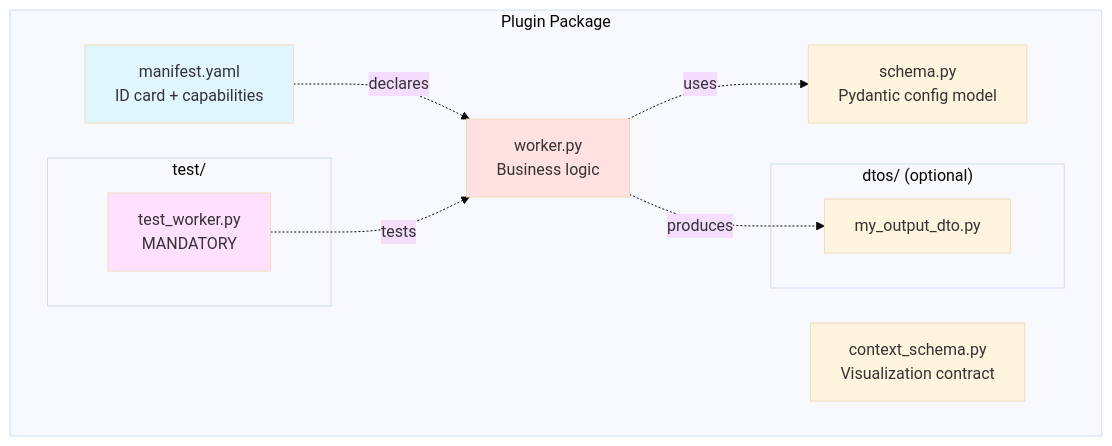
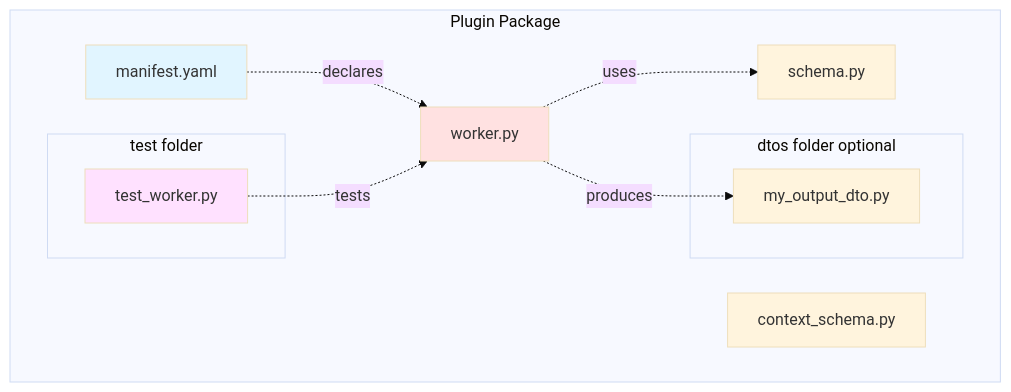
One commit to MikeyVK/S1mpleTraderV3 changed the diagram in docs/architecture/PLUGIN_ANATOMY.md. Above: the diagram before and after it, drawn with Mermaid (base theme). The commit also changed 7 other files, not shown here.

````diff
--- a/docs/architecture/PLUGIN_ANATOMY.md
+++ b/docs/architecture/PLUGIN_ANATOMY.md
@@ -24,26 +24,26 @@
 ```mermaid
 graph TD
-    subgraph "Plugin Package"
-        M[manifest.yaml<br/>ID card + capabilities]
-        W[worker.py<br/>Business logic]
-        S[schema.py<br/>Pydantic config model]
-        CS[context_schema.py<br/>Visualization contract]
+    subgraph PluginPackage["Plugin Package"]
+        M[manifest.yaml]
+        W[worker.py]
+        S[schema.py]
+        CS[context_schema.py]
         
-        subgraph "dtos/ (optional)"
+        subgraph DTOs["dtos folder optional"]
             DTO1[my_output_dto.py]
         end
         
-        subgraph "test/"
-            T[test_worker.py<br/>MANDATORY]
+        subgraph Tests["test folder"]
+            T[test_worker.py]
         end
     end
     
     M -.declares.-> W
     W -.uses.-> S
     W -.produces.-> DTO1
     T -.tests.-> W
     
     style M fill:#e1f5ff
     style W fill:#ffe1e1
     style T fill:#ffe1ff
 ```
````
